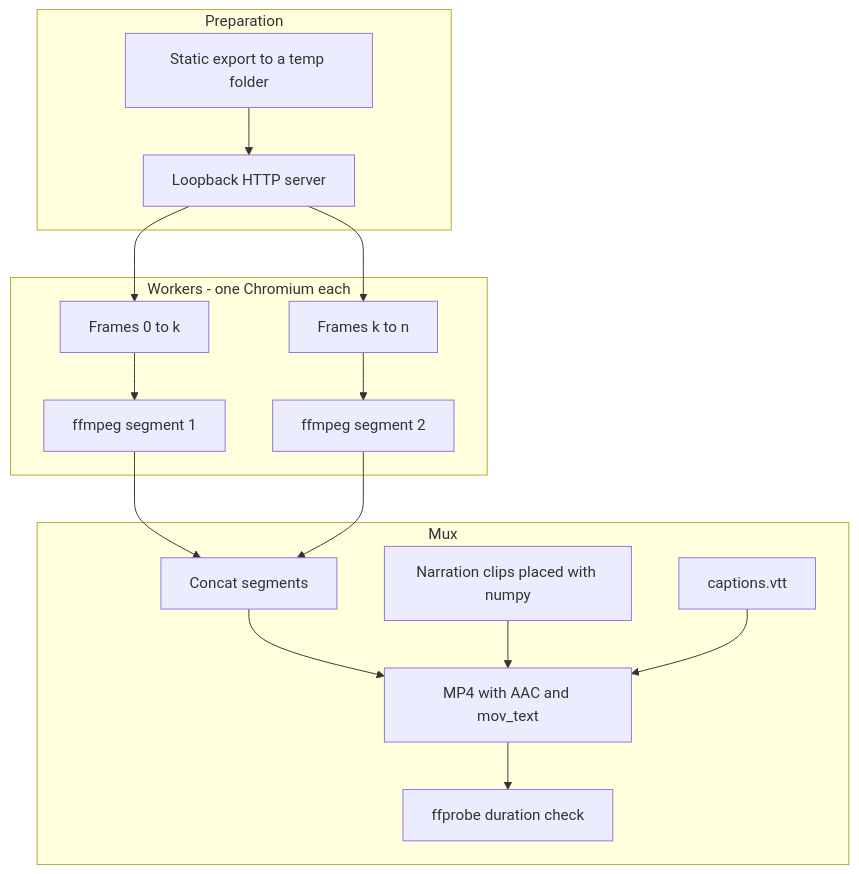
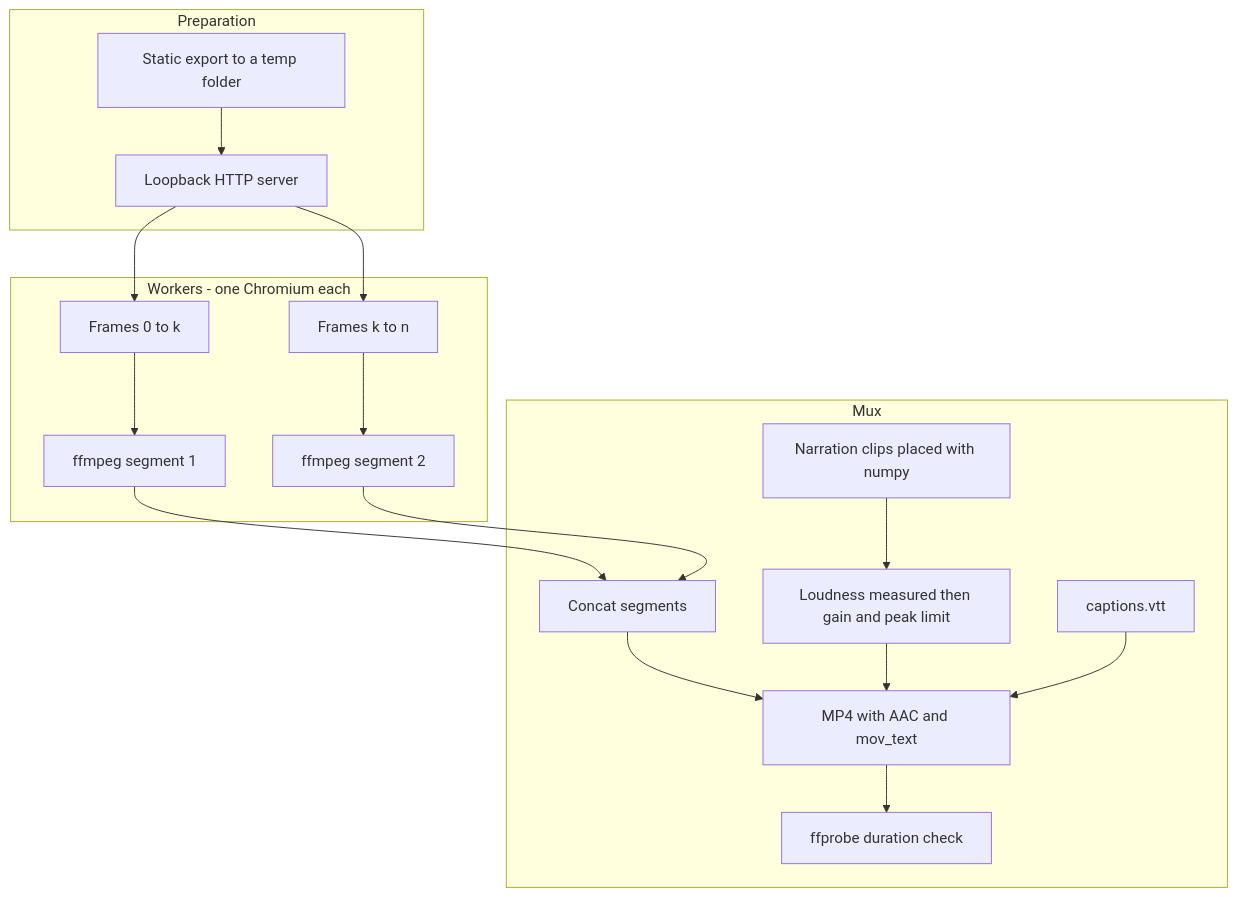
One commit to rahimnathwani/showntell changed the second of 2 diagrams in docs/architecture.md. Above: the diagram before and after it, drawn with Mermaid. The commit also changed 4 other files, not shown here.

````diff
--- a/docs/architecture.md
+++ b/docs/architecture.md
@@ -91,20 +91,21 @@
 ```mermaid
 graph TB
   subgraph prep [Preparation]
     EX[Static export to a temp folder] --> SV[Loopback HTTP server]
   end
   subgraph workers [Workers - one Chromium each]
     W1[Frames 0 to k] --> F1[ffmpeg segment 1]
     W2[Frames k to n] --> F2[ffmpeg segment 2]
   end
   subgraph mux [Mux]
     C[Concat segments] --> M[MP4 with AAC and mov_text]
-    A[Narration clips placed with numpy] --> M
+    A[Narration clips placed with numpy] --> L[Loudness measured then gain and peak limit]
+    L --> M
     V[captions.vtt] --> M
     M --> P[ffprobe duration check]
   end
   SV --> W1
   SV --> W2
   F1 --> C
   F2 --> C
 ```
````
